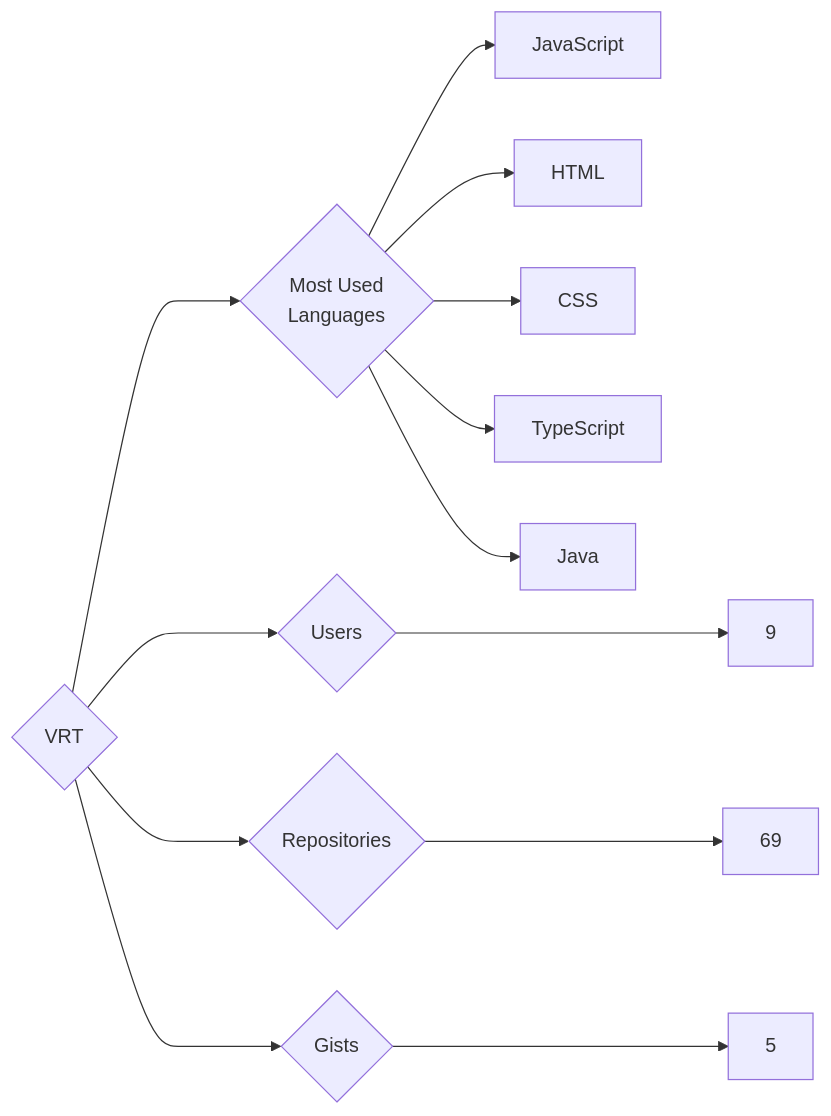
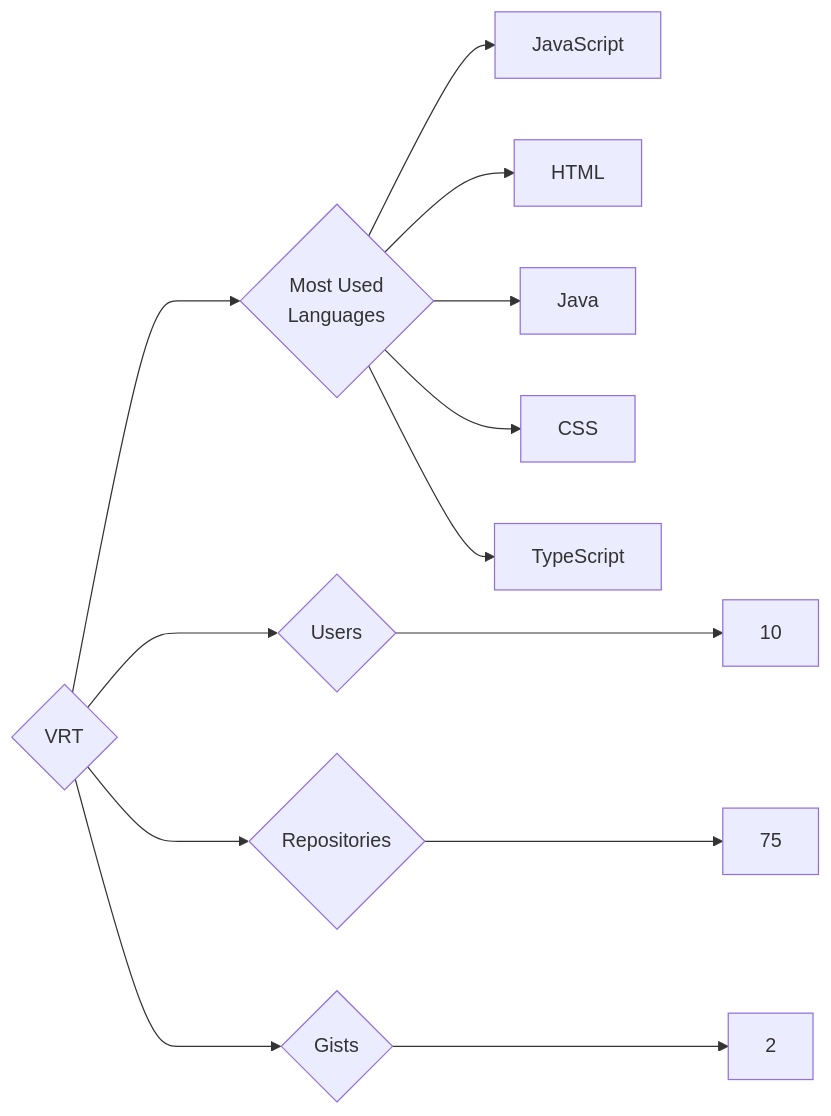
One commit to trickest/insiders changed the diagram in targets/VRT/README.md. Above: the diagram before and after it, drawn with Mermaid. The commit also changed 928 other files, not shown here.

````diff
--- a/targets/VRT/README.md
+++ b/targets/VRT/README.md
@@ -3,13 +3,13 @@
 ```mermaid
 graph LR
 COMPANY_NAME{VRT}
-COMPANY_NAME ---> U{Users} ---> UN[9]
-COMPANY_NAME ---> R{Repositories} ---> RN[69]
-COMPANY_NAME ---> G{Gists} ---> GN[5]
+COMPANY_NAME ---> U{Users} ---> UN[10]
+COMPANY_NAME ---> R{Repositories} ---> RN[75]
+COMPANY_NAME ---> G{Gists} ---> GN[2]
 COMPANY_NAME ---> ML{Most Used<br>Languages}
 ML --> JavaScript[JavaScript]
 ML --> HTML[HTML]
+ML --> Java[Java]
 ML --> CSS[CSS]
 ML --> TypeScript[TypeScript]
-ML --> Java[Java]
 ```
````
